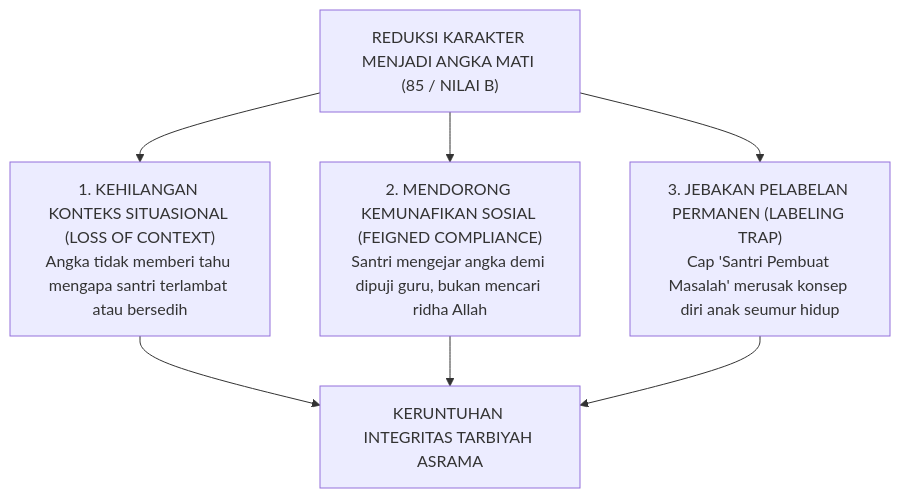
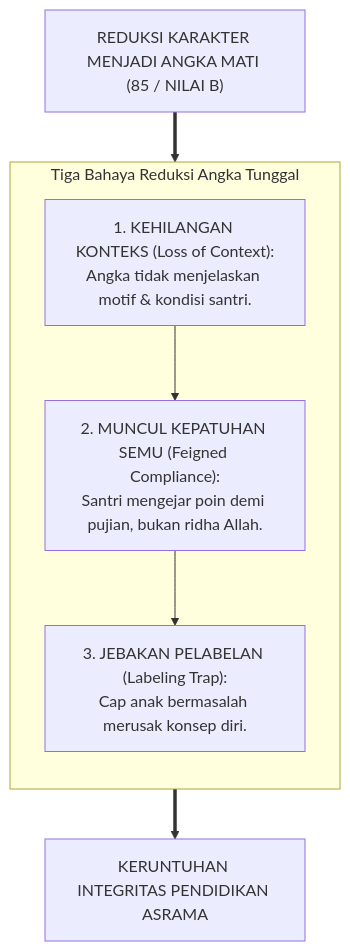
The first of 3 diagrams in BOOK Series 1/01-The-Fundamental-of-TUMBUH/Bab-16-Filosofi-Asesmen-Karakter-dan-Metode-Pengumpulan-Data.md (wandiapriliyandi/tumbuh), drawn with Mermaid before and after one commit. The commit also changed other lines of this file and 35 other files, not shown here.

Commit message:
fix(book-01): optimasi keterbacaan diagram mermaid pada seluruh bab dan perbarui 20 file PDF

````diff
--- a/BOOK Series 1/01-The-Fundamental-of-TUMBUH/Bab-16-Filosofi-Asesmen-Karakter-dan-Metode-Pengumpulan-Data.md
+++ b/BOOK Series 1/01-The-Fundamental-of-TUMBUH/Bab-16-Filosofi-Asesmen-Karakter-dan-Metode-Pengumpulan-Data.md
@@ -39,8 +39,14 @@
 ```mermaid
 graph TD
-    A["REDUKSI KARAKTER MENJADI ANGKA MATI (85 / NILAI B)"] --> B1["1. KEHILANGAN KONTEKS SITUASIONAL (LOSS OF CONTEXT)<br/>Angka tidak memberi tahu mengapa santri terlambat atau bersedih"]
-    A --> B2["2. MENDORONG KEMUNAFIKAN SOSIAL (FEIGNED COMPLIANCE)<br/>Santri mengejar angka demi dipuji guru, bukan mencari ridha Allah"]
-    A --> B3["3. JEBAKAN PELABELAN PERMANEN (LABELING TRAP)<br/>Cap 'Santri Pembuat Masalah' merusak konsep diri anak seumur hidup"]
+    A["REDUKSI KARAKTER MENJADI ANGKA MATI (85 / NILAI B)"]
     
-    B1 & B2 & B3 --> BENCANA["KERUNTUHAN INTEGRITAS TARBIYAH ASRAMA"]
+    subgraph TIGA_BAHAYA_SKOR_ANGKA["Tiga Bahaya Reduksi Angka Tunggal"]
+        direction TB
+        B1["1. KEHILANGAN KONTEKS (Loss of Context):<br/>Angka tidak menjelaskan motif & kondisi santri."]
+        --> B2["2. MUNCUL KEPATUHAN SEMU (Feigned Compliance):<br/>Santri mengejar poin demi pujian, bukan ridha Allah."]
+        --> B3["3. JEBAKAN PELABELAN (Labeling Trap):<br/>Cap anak bermasalah merusak konsep diri."]
+    end
+
+    A ==> TIGA_BAHAYA_SKOR_ANGKA
+    TIGA_BAHAYA_SKOR_ANGKA ==> BENCANA["KERUNTUHAN INTEGRITAS PENDIDIKAN ASRAMA"]
 ```
````
